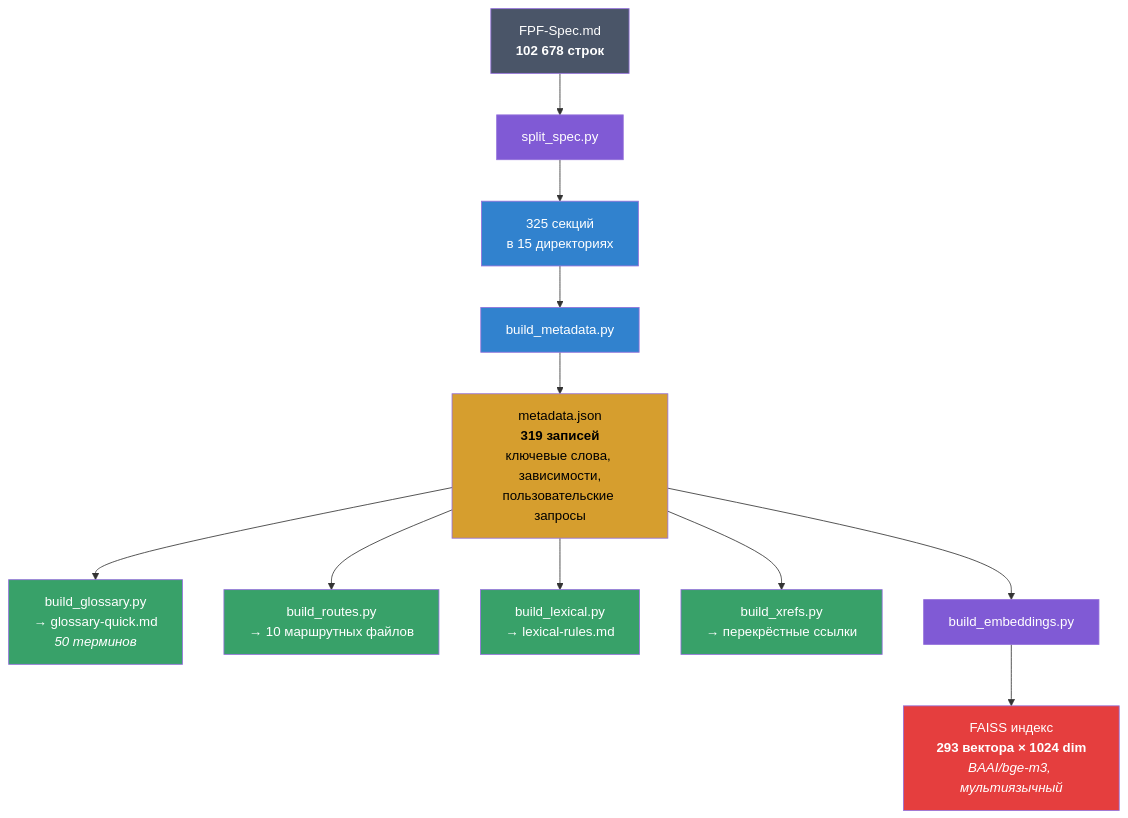
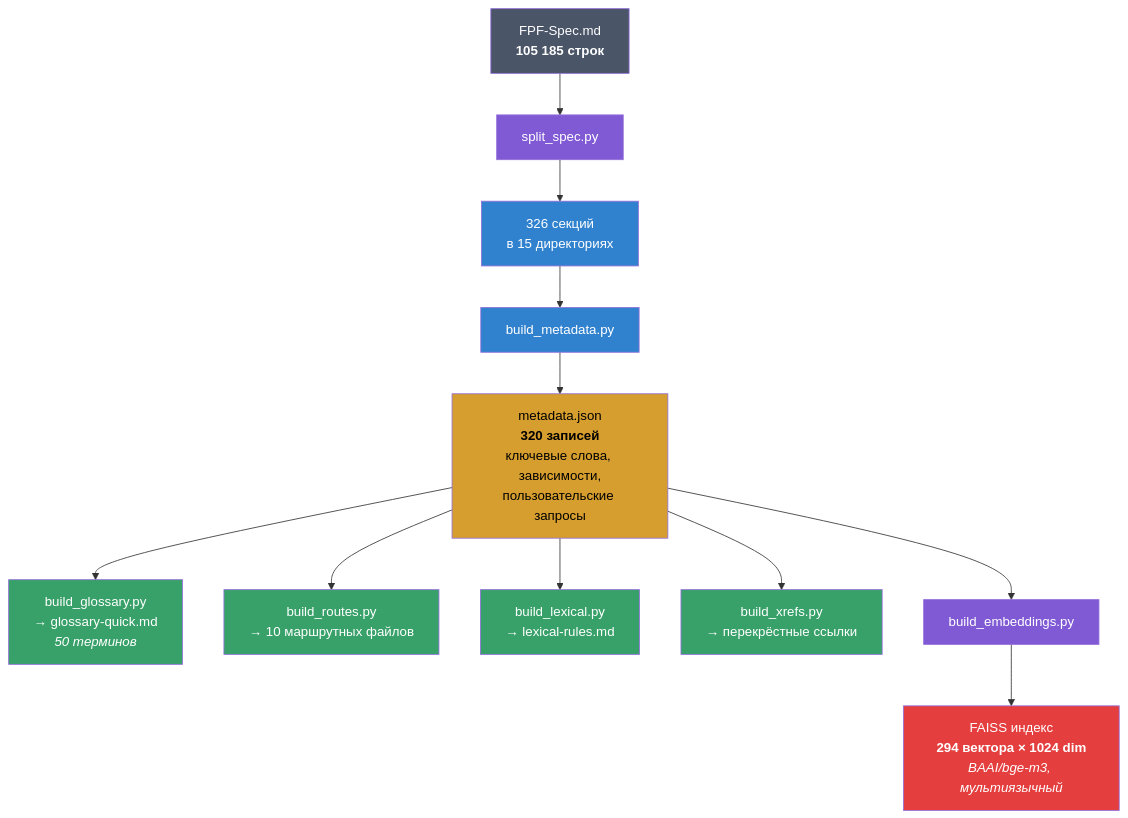
Before and after one commit to pokrovskiyv/FPF-agent: the fourth of 4 diagrams in Readme.md, drawn with Mermaid. The commit also changed other lines of this file and 347 other files, not shown here.

````diff
--- a/Readme.md
+++ b/Readme.md
@@ -217,25 +217,25 @@
 ```mermaid
 graph TD
-    Spec["FPF-Spec.md<br/><b>102 678 строк</b>"] --> Split["split_spec.py"]
-    Split --> Sections["325 секций<br/>в 15 директориях"]
+    Spec["FPF-Spec.md<br/><b>105 185 строк</b>"] --> Split["split_spec.py"]
+    Split --> Sections["326 секций<br/>в 15 директориях"]
     Sections --> Meta["build_metadata.py"]
-    Meta --> MetaJSON["metadata.json<br/><b>319 записей</b><br/>ключевые слова, зависимости,<br/>пользовательские запросы"]
+    Meta --> MetaJSON["metadata.json<br/><b>320 записей</b><br/>ключевые слова, зависимости,<br/>пользовательские запросы"]
     MetaJSON --> Gloss["build_glossary.py<br/>→ glossary-quick.md<br/><i>50 терминов</i>"]
     MetaJSON --> Routes["build_routes.py<br/>→ 10 маршрутных файлов"]
     MetaJSON --> Lex["build_lexical.py<br/>→ lexical-rules.md"]
     MetaJSON --> XRef["build_xrefs.py<br/>→ перекрёстные ссылки"]
     MetaJSON --> Emb["build_embeddings.py"]
-    Emb --> FAISS["FAISS индекс<br/><b>293 вектора × 1024 dim</b><br/><i>BAAI/bge-m3, мультиязычный</i>"]
+    Emb --> FAISS["FAISS индекс<br/><b>294 вектора × 1024 dim</b><br/><i>BAAI/bge-m3, мультиязычный</i>"]
 
     style Spec fill:#4a5568,color:#fff
     style Split fill:#805ad5,color:#fff
     style Sections fill:#3182ce,color:#fff
     style Meta fill:#3182ce,color:#fff
     style MetaJSON fill:#d69e2e,color:#000
     style Gloss fill:#38a169,color:#fff
     style Routes fill:#38a169,color:#fff
     style Lex fill:#38a169,color:#fff
     style XRef fill:#38a169,color:#fff
     style Emb fill:#805ad5,color:#fff
     style FAISS fill:#e53e3e,color:#fff
 ```
````
